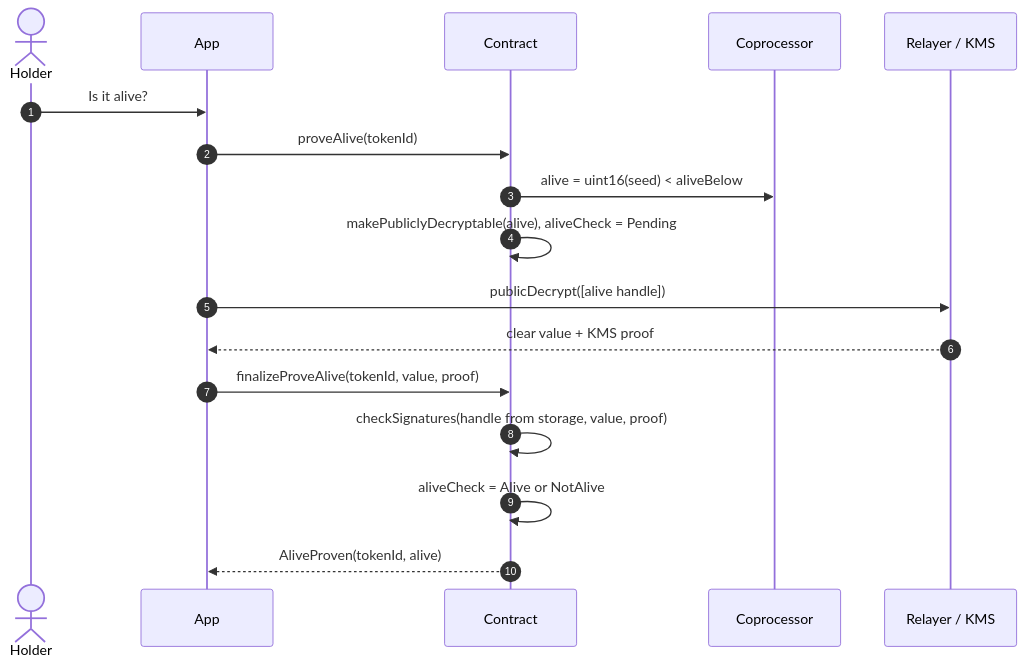
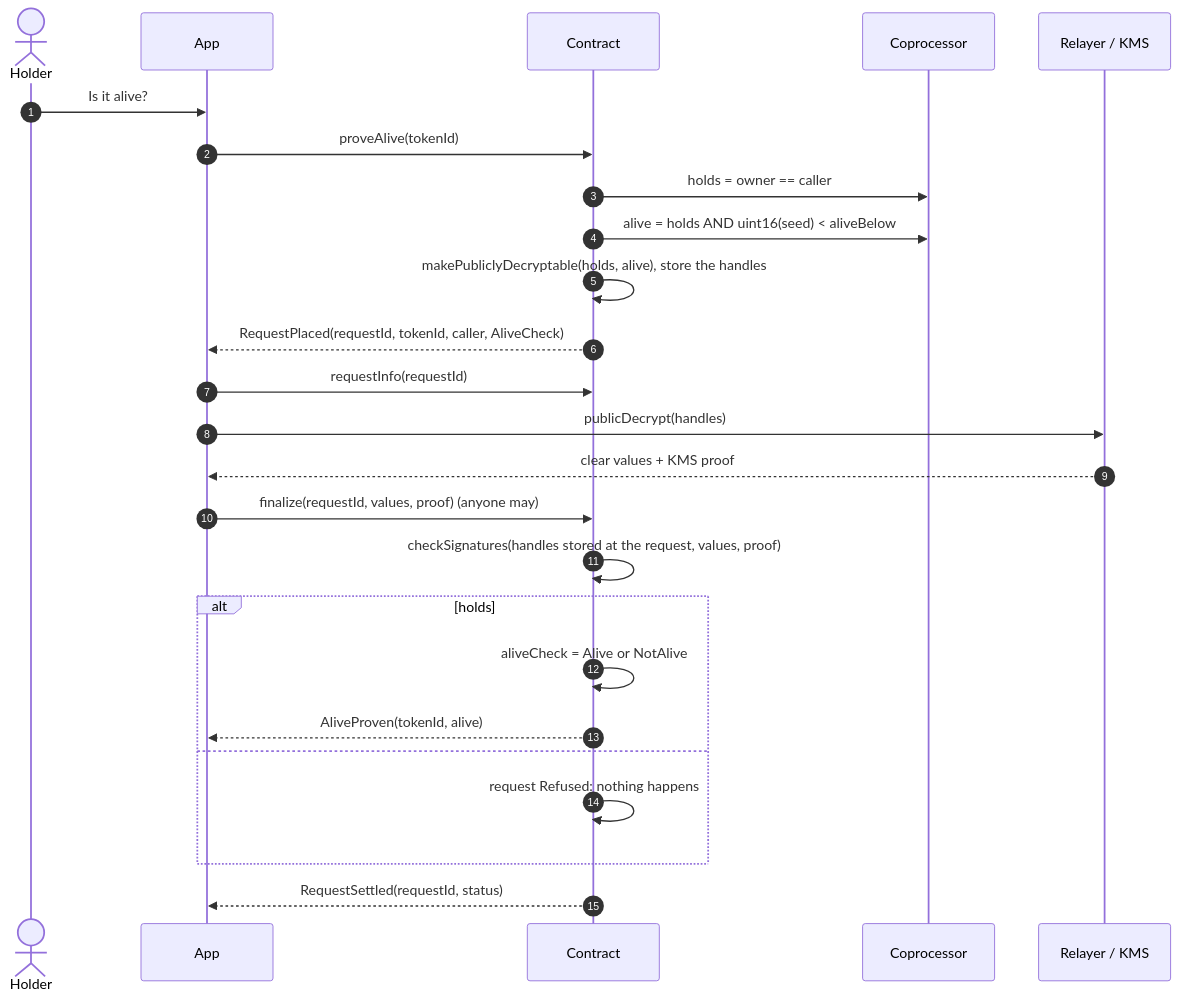
The fifth of 19 diagrams in docs/FLOWS.md (jecombe/do_not_open), drawn with Mermaid before and after one commit. The commit also changed other lines of this file and 25 other files, not shown here.

````diff
--- a/docs/FLOWS.md
+++ b/docs/FLOWS.md
@@ -90,19 +150,27 @@
 ```mermaid
 sequenceDiagram
   autonumber
   actor U as Holder
   participant App
   participant C as Contract
   participant Co as Coprocessor
   participant R as Relayer / KMS
   U->>App: Is it alive?
   App->>C: proveAlive(tokenId)
-  C->>Co: alive = uint16(seed) < aliveBelow
-  C->>C: makePubliclyDecryptable(alive), aliveCheck = Pending
-  App->>R: publicDecrypt([alive handle])
-  R-->>App: clear value + KMS proof
-  App->>C: finalizeProveAlive(tokenId, value, proof)
-  C->>C: checkSignatures(handle from storage, value, proof)
-  C->>C: aliveCheck = Alive or NotAlive
-  C-->>App: AliveProven(tokenId, alive)
+  C->>Co: holds = owner == caller
+  C->>Co: alive = holds AND uint16(seed) < aliveBelow
+  C->>C: makePubliclyDecryptable(holds, alive), store the handles
+  C-->>App: RequestPlaced(requestId, tokenId, caller, AliveCheck)
+  App->>C: requestInfo(requestId)
+  App->>R: publicDecrypt(handles)
+  R-->>App: clear values + KMS proof
+  App->>C: finalize(requestId, values, proof) (anyone may)
+  C->>C: checkSignatures(handles stored at the request, values, proof)
+  alt holds
+    C->>C: aliveCheck = Alive or NotAlive
+    C-->>App: AliveProven(tokenId, alive)
+  else
+    C->>C: request Refused: nothing happens
+  end
+  C-->>App: RequestSettled(requestId, status)
 ```
````
